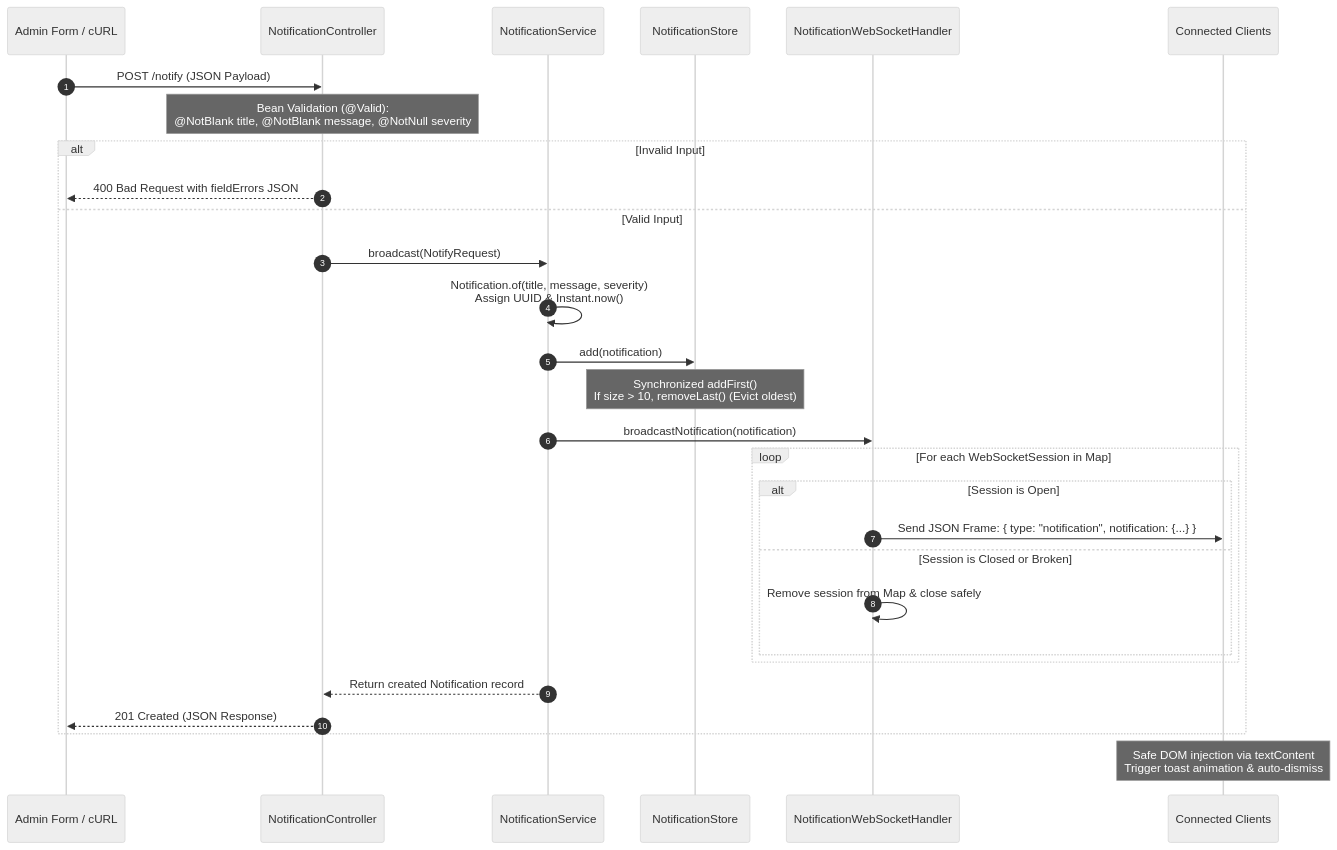
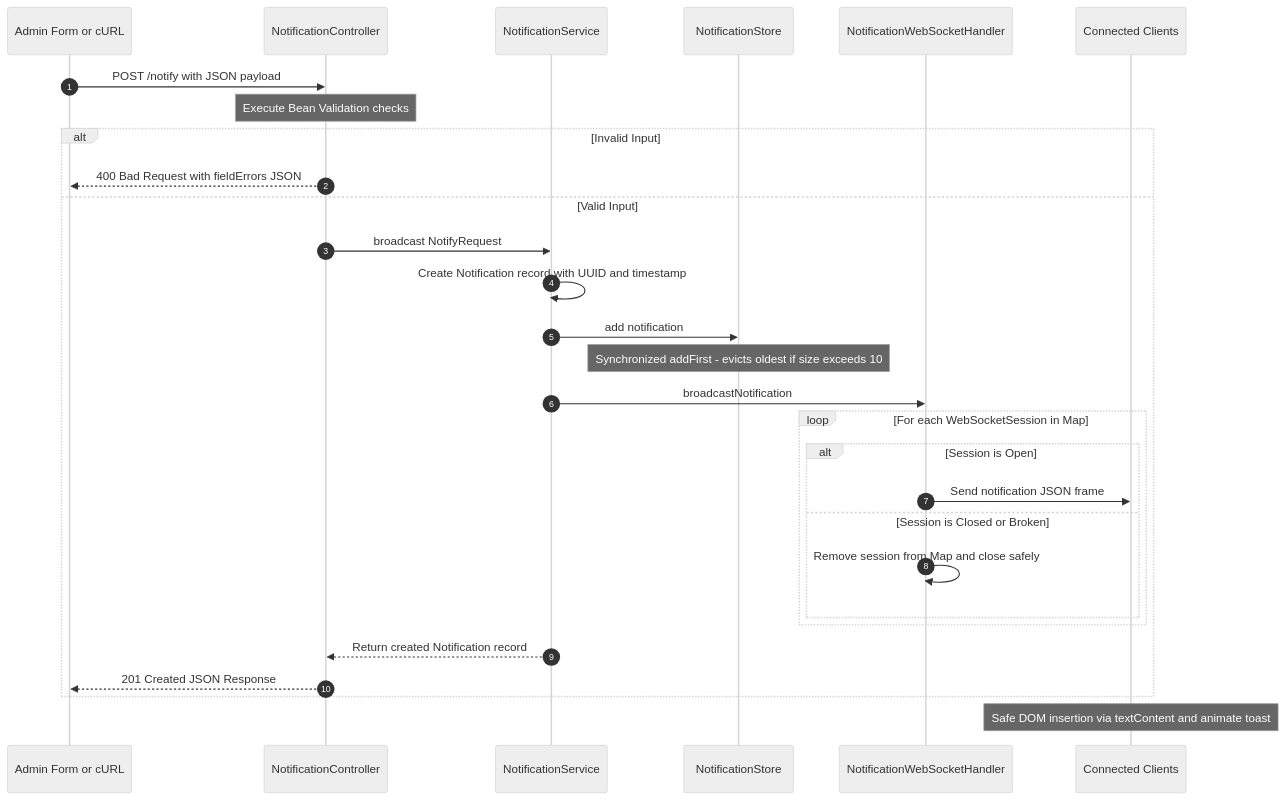
Before and after one commit to AtharvGhumtane/iRIS_Challenege: the third of 5 diagrams in WORKFLOW_AND_MEMORY.md, drawn with Mermaid (neutral theme). The commit also changed other lines of this file, not shown here.

Commit message:
fix(docs): sanitize mermaid diagrams for GitHub markdown renderer

````diff
--- a/WORKFLOW_AND_MEMORY.md
+++ b/WORKFLOW_AND_MEMORY.md
@@ -90,32 +90,32 @@
 ```mermaid
 sequenceDiagram
     autonumber
-    participant AdminUI as Admin Form / cURL
+    participant AdminUI as Admin Form or cURL
     participant Controller as NotificationController
     participant Service as NotificationService
     participant Store as NotificationStore
     participant Handler as NotificationWebSocketHandler
     participant ClientUI as Connected Clients
 
-    AdminUI->>Controller: POST /notify (JSON Payload)
-    Note over Controller: Bean Validation (@Valid):<br/>@NotBlank title, @NotBlank message, @NotNull severity
+    AdminUI->>Controller: POST /notify with JSON payload
+    Note over Controller: Execute Bean Validation checks
     alt Invalid Input
         Controller-->>AdminUI: 400 Bad Request with fieldErrors JSON
     else Valid Input
-        Controller->>Service: broadcast(NotifyRequest)
-        Service->>Service: Notification.of(title, message, severity)<br/>Assign UUID & Instant.now()
-        Service->>Store: add(notification)
-        Note over Store: Synchronized addFirst()<br/>If size > 10, removeLast() (Evict oldest)
-        Service->>Handler: broadcastNotification(notification)
+        Controller->>Service: broadcast NotifyRequest
+        Service->>Service: Create Notification record with UUID and timestamp
+        Service->>Store: add notification
+        Note over Store: Synchronized addFirst - evicts oldest if size exceeds 10
+        Service->>Handler: broadcastNotification
         loop For each WebSocketSession in Map
             alt Session is Open
-                Handler->>ClientUI: Send JSON Frame: { type: "notification", notification: {...} }
+                Handler->>ClientUI: Send notification JSON frame
             else Session is Closed or Broken
-                Handler->>Handler: Remove session from Map & close safely
+                Handler->>Handler: Remove session from Map and close safely
             end
         end
         Service-->>Controller: Return created Notification record
-        Controller-->>AdminUI: 201 Created (JSON Response)
+        Controller-->>AdminUI: 201 Created JSON Response
     end
-    Note over ClientUI: Safe DOM injection via textContent<br/>Trigger toast animation & auto-dismiss
+    Note over ClientUI: Safe DOM insertion via textContent and animate toast
 ```
````
